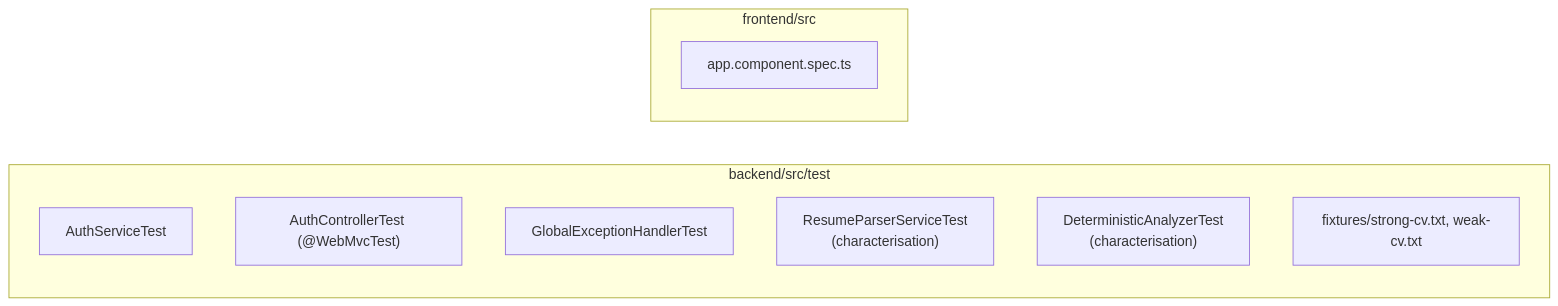
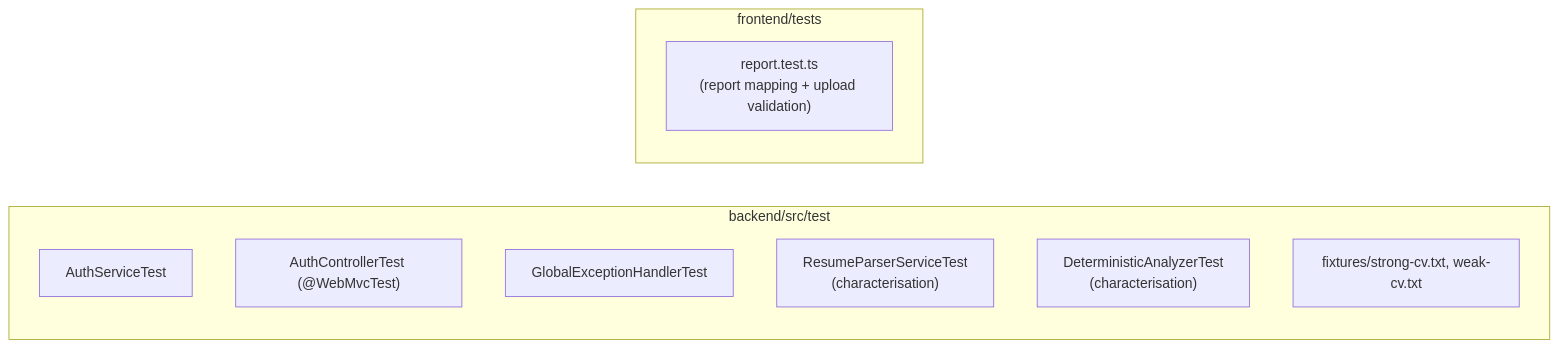
Diagram 11 of 12 in docs/ARCHITECTURE.md (elel-m-b/CareerPilot), drawn with Mermaid before and after one commit. The commit also changed other lines of this file and 173 other files, not shown here.

````diff
--- a/docs/ARCHITECTURE.md
+++ b/docs/ARCHITECTURE.md
@@ -544,14 +532,14 @@
 ```mermaid
 graph LR
     subgraph Backend["backend/src/test"]
         T1["AuthServiceTest"]
         T2["AuthControllerTest (@WebMvcTest)"]
         T3["GlobalExceptionHandlerTest"]
         T4["ResumeParserServiceTest<br/>(characterisation)"]
         T5["DeterministicAnalyzerTest<br/>(characterisation)"]
         FX["fixtures/strong-cv.txt, weak-cv.txt"]
     end
-    subgraph Frontend["frontend/src"]
-        F1["app.component.spec.ts"]
+    subgraph Frontend["frontend/tests"]
+        F1["report.test.ts<br/>(report mapping + upload validation)"]
     end
 ```
````
